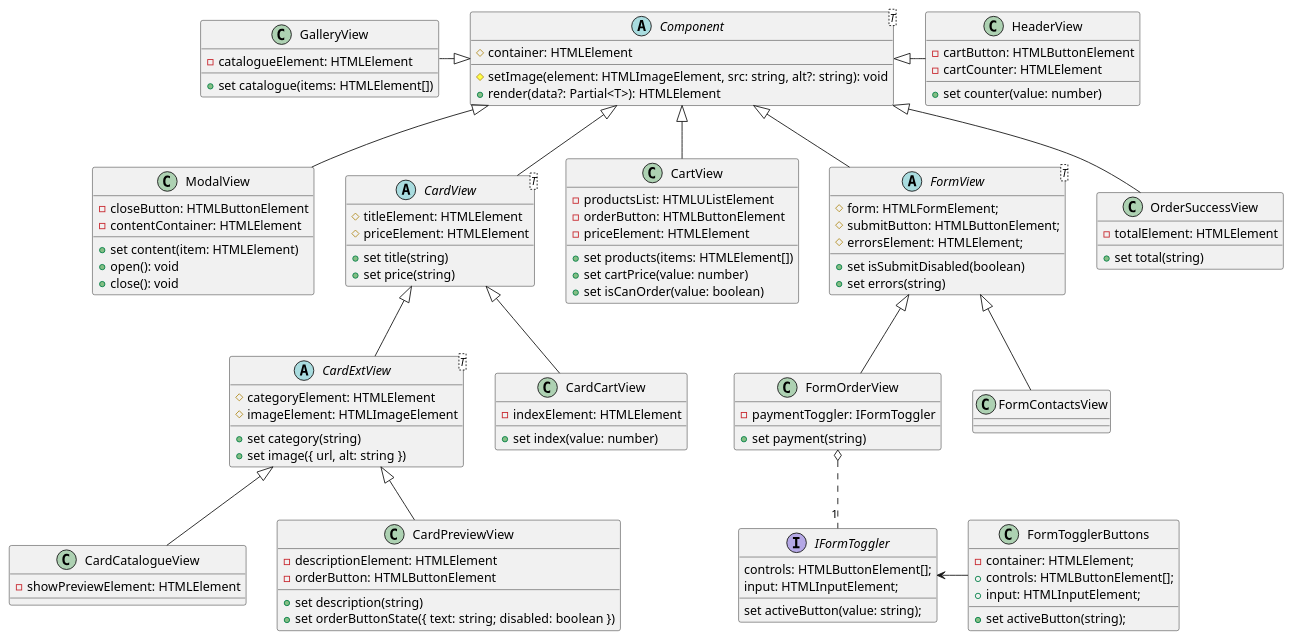
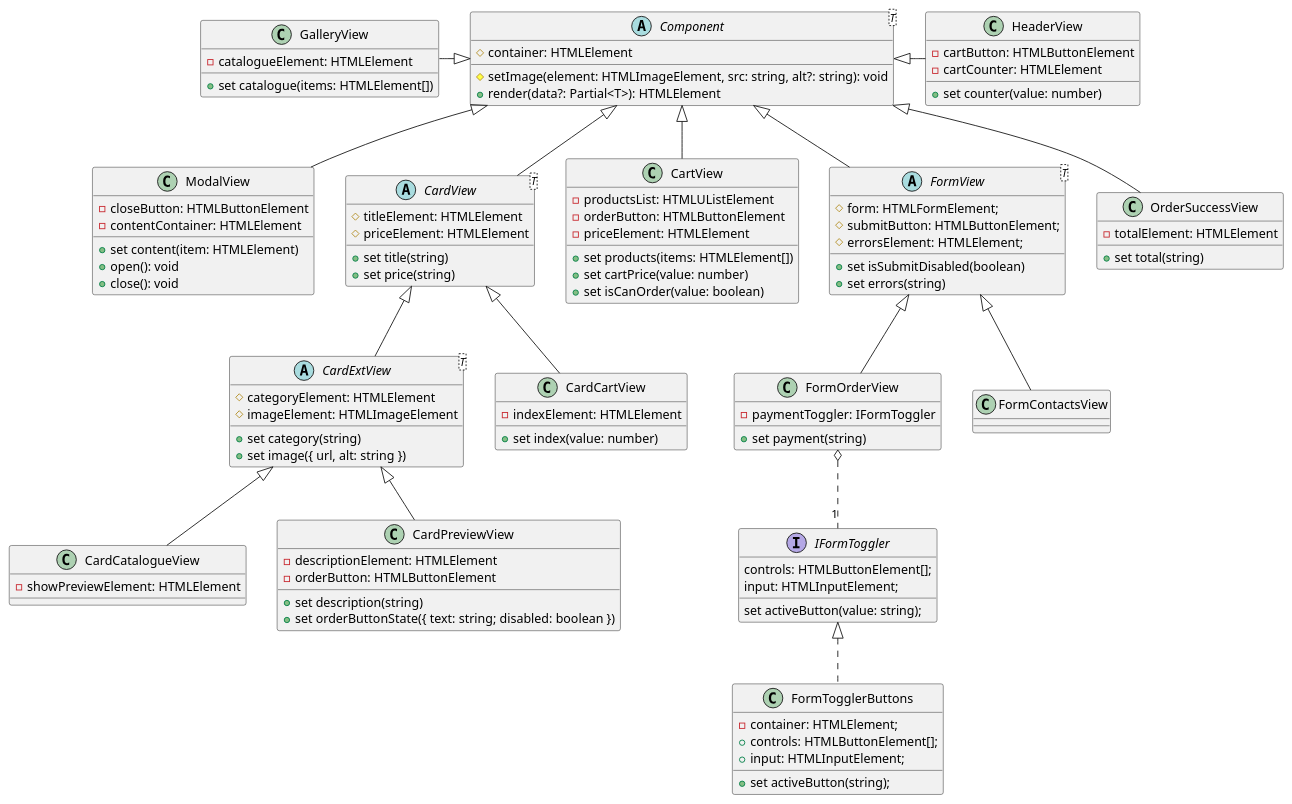
The diagram in view.puml (Mishbazian/weblarek), drawn with PlantUML before and after one commit. The commit also changed 1 other file, not shown here.

Commit message:
docs(uml) update ViewClassesDiagram

```diff
--- a/view.puml
+++ b/view.puml
@@ -1,152 +1,144 @@
 @startuml ViewClassesDiagram
 
 'left to right direction
 'skinparam groupInheritance 2
 ' skinparam nodesep 20
 'skinparam ranksep 20
 
 
 abstract class Component<T> {
   # container: HTMLElement
   # setImage(element: HTMLImageElement, src: string, alt?: string): void
   + render(data?: Partial<T>): HTMLElement
 }
 
 '----Хедер-----'
 class HeaderView {
   -cartButton: HTMLButtonElement
   -cartCounter: HTMLElement
   + set counter(value: number)
 }
 HeaderView -left-|> Component
 
 '---Каталог ---'
 
 class GalleryView {
   -catalogueElement: HTMLElement
   + set catalogue(items: HTMLElement[])
 }
 GalleryView -right-|> Component
 
 '------Модалка---------'
 
 class ModalView extends Component {
   -closeButton: HTMLButtonElement
   -contentContainer: HTMLElement
   + set content(item: HTMLElement)
   + open(): void
   + close(): void
 }
 
 '-----Карточки------'
 '---Базовый класс---'
 
 abstract class CardView<T> extends Component {
   #titleElement: HTMLElement
   #priceElement: HTMLElement
 
   + set title(string)
   + set price(string)
 }
 
 '-----Карточка для каталога---'
 
 abstract class CardExtView<T> extends CardView {
   #categoryElement: HTMLElement
   #imageElement: HTMLImageElement
 
   + set category(string)
   + set image({ url, alt: string })
 }
 
 class CardCatalogueView extends CardExtView {
   -showPreviewElement: HTMLElement
 }
 
 '-----Карточка для превью---'
 
 
 class CardPreviewView extends CardExtView {
   -descriptionElement: HTMLElement
   -orderButton: HTMLButtonElement
 
   + set description(string)
   + set orderButtonState({ text: string; disabled: boolean })
 }
 
 
 '---Карточка для корзины----'
 class CardCartView extends CardView {
   -indexElement: HTMLElement
   + set index(value: number)
 }
 
-
-
-
-
-
-
-
-
 '---Корзина ---'
 
 class CartView extends Component {
   -productsList: HTMLUListElement
   -orderButton: HTMLButtonElement
   -priceElement: HTMLElement
   + set products(items: HTMLElement[])
   + set cartPrice(value: number)
   + set isCanOrder(value: boolean)
 }
 
 '-----Кнопки----'
 
-class FormTogglerButtons {
+class FormTogglerButtons implements IFormToggler{
   -container: HTMLElement;
   +controls: HTMLButtonElement[];
   +input: HTMLInputElement;
   +set activeButton(string);
 }
 
 interface IFormToggler {
   controls: HTMLButtonElement[];
   input: HTMLInputElement;
   set activeButton(value: string);
 }
 
-FormTogglerButtons -left-> IFormToggler
+' FormTogglerButtons -left-> IFormToggler
 
 '---Формы----'
 
 abstract class FormView<T> extends Component {
   #form: HTMLFormElement;
   #submitButton: HTMLButtonElement;
   #errorsElement: HTMLElement;
   +set isSubmitDisabled(boolean)
   +set errors(string)
 }
 
 class FormOrderView extends FormView {
   -paymentToggler: IFormToggler
   + set payment(string)
 }
 
 FormOrderView o.."1" IFormToggler
 
 class FormContactsView extends FormView {
 }
 
 '----Заказ успешен--'
 
 class OrderSuccessView extends Component {
   -totalElement: HTMLElement
   + set total(string)
 }
 
 
 
 'hide <<interface>>
 'hide class circle
 'hide interface circle
 @enduml
```
